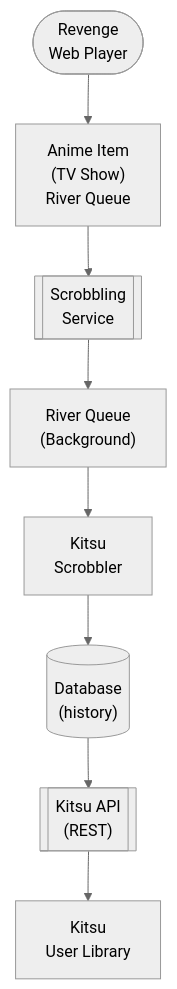
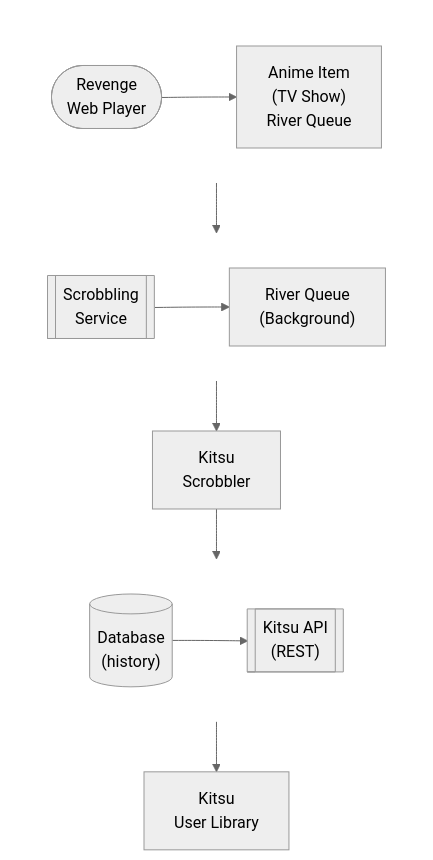
The diagram in docs/dev/design/integrations/anime/KITSU.md (lusoris/revenge), drawn with Mermaid (neutral theme) before and after one commit. The commit also changed 210 other files, not shown here.

First line of the commit message:
feat(docs): Add horizontal layout support for Mermaid diagrams

````diff
--- a/docs/dev/design/integrations/anime/KITSU.md
+++ b/docs/dev/design/integrations/anime/KITSU.md
@@ -65,18 +65,32 @@
 ```mermaid
 flowchart TD
-    node1(["Revenge<br/>Web Player"])
-    node2["Anime Item<br/>(TV Show)<br/>River Queue"]
-    node3[["Scrobbling<br/>Service"]]
-    node4["River Queue<br/>(Background)"]
+    subgraph row1[ ]
+        direction LR
+        node1(["Revenge<br/>Web Player"])
+        node2["Anime Item<br/>(TV Show)<br/>River Queue"]
+    end
+    subgraph row2[ ]
+        direction LR
+        node3[["Scrobbling<br/>Service"]]
+        node4["River Queue<br/>(Background)"]
+    end
     node5["Kitsu<br/>Scrobbler"]
-    node6[("Database<br/>(history)")]
-    node7[["Kitsu API<br/>(REST)"]]
+    subgraph row3[ ]
+        direction LR
+        node6[("Database<br/>(history)")]
+        node7[["Kitsu API<br/>(REST)"]]
+    end
     node8["Kitsu<br/>User Library"]
     node1 --> node2
     node3 --> node4
     node6 --> node7
     node2 --> node3
     node4 --> node5
     node5 --> node6
     node7 --> node8
+
+    %% Hide row subgraph borders
+    style row1 fill:transparent,stroke:transparent
+    style row2 fill:transparent,stroke:transparent
+    style row3 fill:transparent,stroke:transparent
 ```
````
